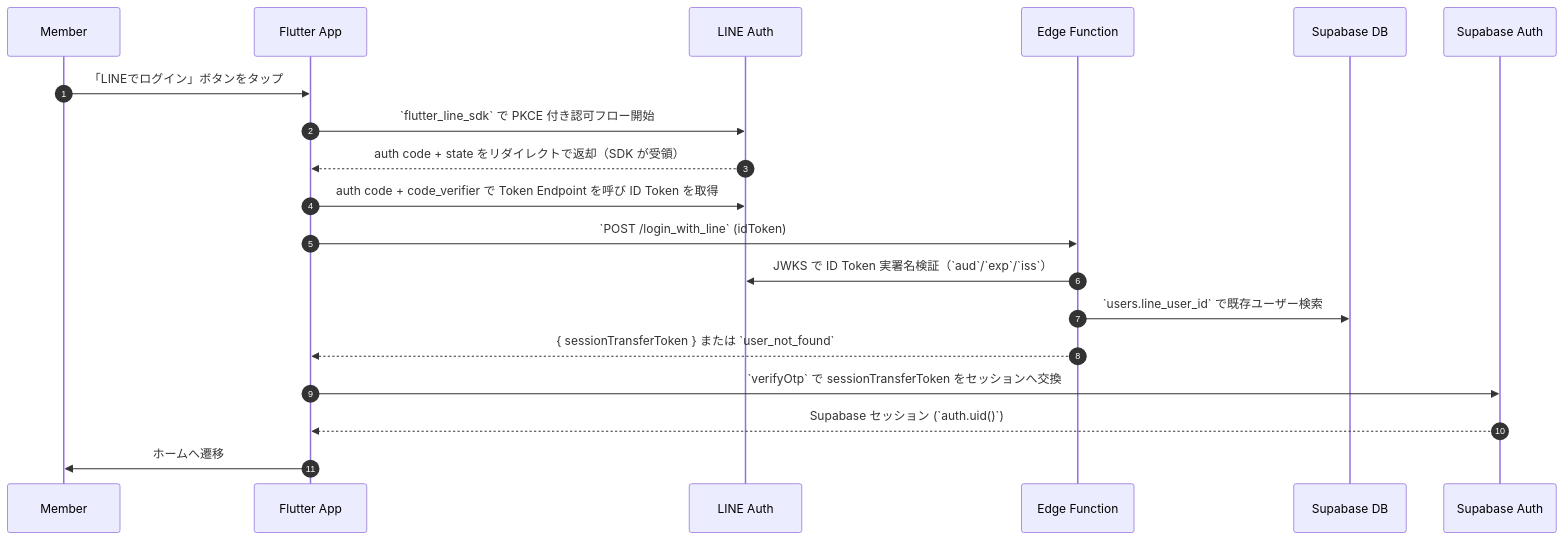
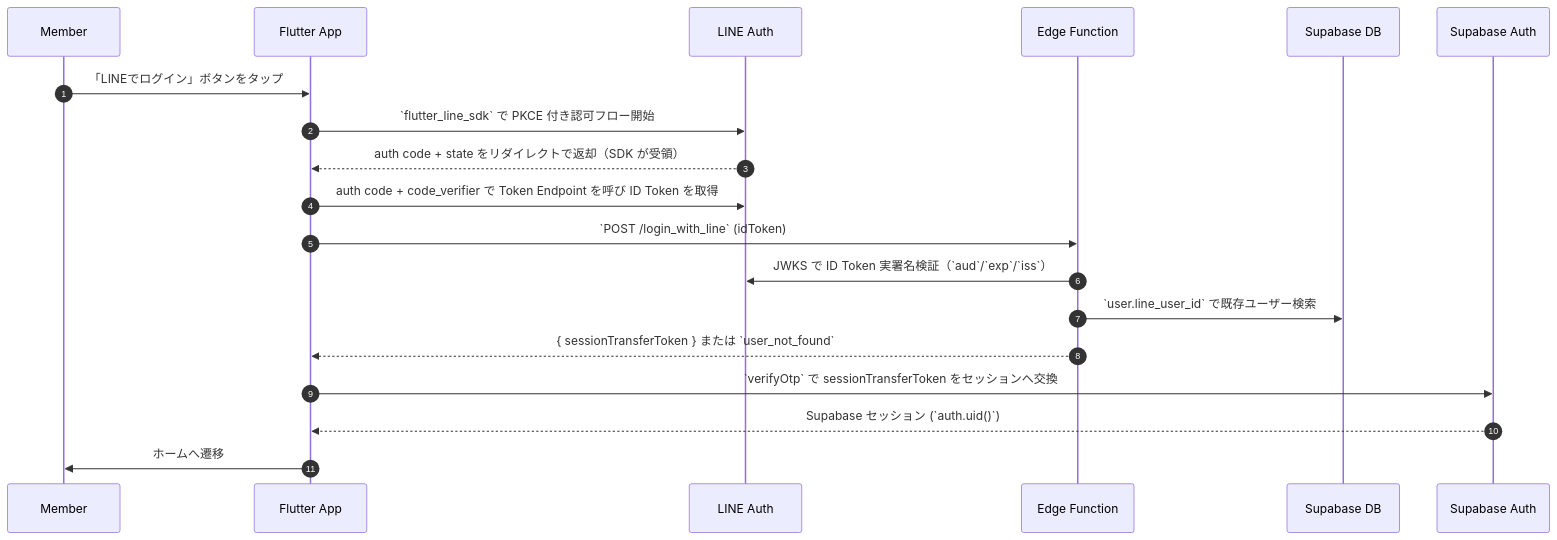
The diagram in docs/DESIGN_DOCS/auth/line_login.md (kerokerotur/banars-app), drawn with Mermaid before and after one commit. The commit also changed other lines of this file and 13 other files, not shown here.

````diff
--- a/docs/DESIGN_DOCS/auth/line_login.md
+++ b/docs/DESIGN_DOCS/auth/line_login.md
@@ -4,22 +4,22 @@
 ```mermaid
 sequenceDiagram
     autonumber
     participant Member
     participant App as Flutter App
     participant LINE as LINE Auth
     participant Edge as Edge Function
     participant DB as Supabase DB
     participant Supabase as Supabase Auth
 
     Member->>App: 「LINEでログイン」ボタンをタップ
     App->>LINE: `flutter_line_sdk` で PKCE 付き認可フロー開始
     LINE-->>App: auth code + state をリダイレクトで返却（SDK が受領）
     App->>LINE: auth code + code_verifier で Token Endpoint を呼び ID Token を取得
     App->>Edge: `POST /login_with_line` (idToken)
     Edge->>LINE: JWKS で ID Token 実署名検証（`aud`/`exp`/`iss`）
-    Edge->>DB: `users.line_user_id` で既存ユーザー検索
+    Edge->>DB: `user.line_user_id` で既存ユーザー検索
     Edge-->>App: { sessionTransferToken } または `user_not_found`
     App->>Supabase: `verifyOtp` で sessionTransferToken をセッションへ交換
     Supabase-->>App: Supabase セッション (`auth.uid()`)
     App->>Member: ホームへ遷移
 ```
````
